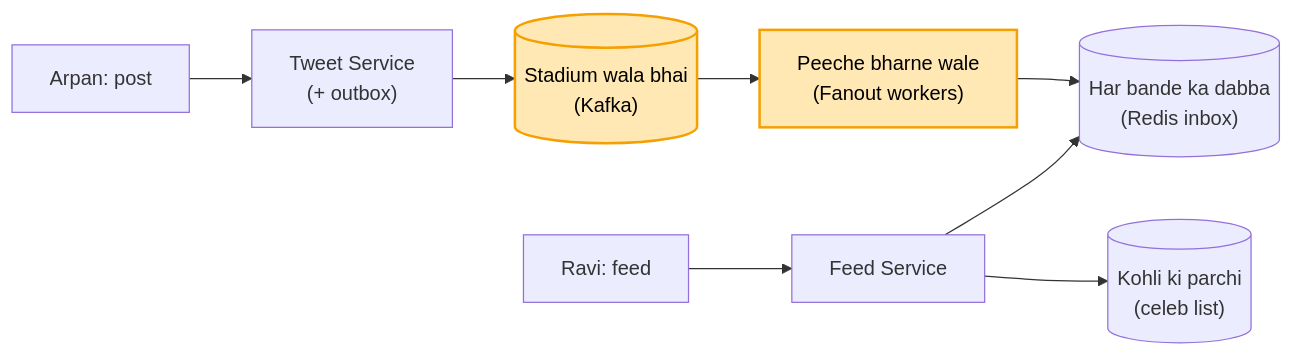
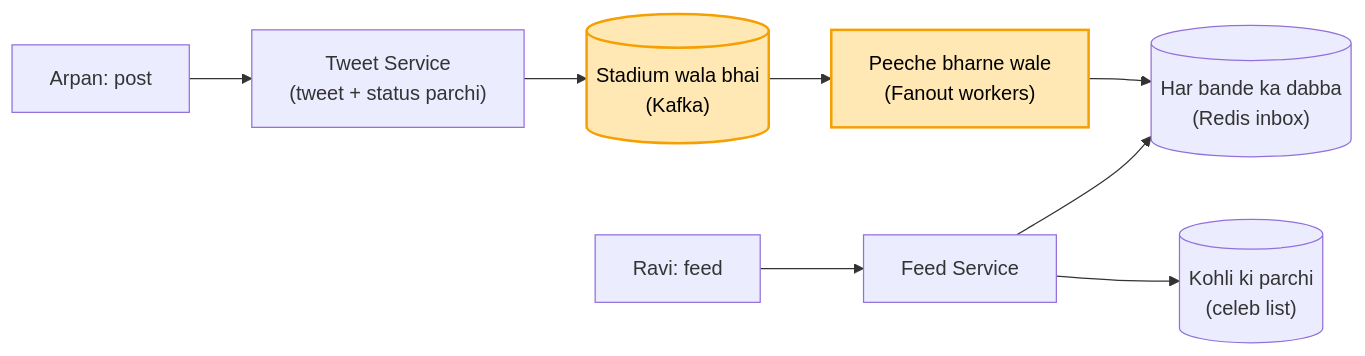
One commit to ArpanMaheshwari144/Prep changed the first of 3 diagrams in 04_HLD/SYSTEM_DESIGNS/03_twitter_feed/03_twitter_feed.md. Above: the diagram before and after it, drawn with Mermaid. The commit also changed other lines of this file and 1 other file, not shown here.

Commit message:
Twitter: parchi tweet ki row me (Cassandra me do table ek transaction me nahi), notes + main

````diff
--- a/04_HLD/SYSTEM_DESIGNS/03_twitter_feed/03_twitter_feed.md
+++ b/04_HLD/SYSTEM_DESIGNS/03_twitter_feed/03_twitter_feed.md
@@ -57,12 +58,12 @@
 ```mermaid
 flowchart LR
-    A["Arpan: post"] --> TS["Tweet Service<br/>(+ outbox)"]
+    A["Arpan: post"] --> TS["Tweet Service<br/>(tweet + status parchi)"]
     TS --> K[("Stadium wala bhai<br/>(Kafka)")]
     K --> FW["Peeche bharne wale<br/>(Fanout workers)"]
     FW --> IN[("Har bande ka dabba<br/>(Redis inbox)")]
     R["Ravi: feed"] --> FS["Feed Service"]
     FS --> IN
     FS --> P[("Kohli ki parchi<br/>(celeb list)")]
     style K fill:#ffe8b3,stroke:#f59f00,stroke-width:2px,color:#000
     style FW fill:#ffe8b3,stroke:#f59f00,stroke-width:2px,color:#000
 ```
````
